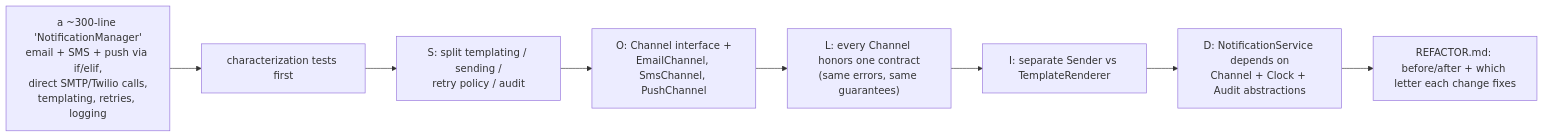
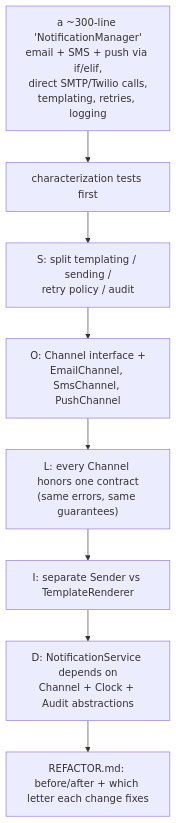
One commit to Charikshith/Guide changed the third of 3 diagrams in volumes/volume-3-low-level-design/ch02-solid-principles.md. Above: the diagram before and after it, drawn with Mermaid. The commit also changed 64 other files, not shown here.

Commit message:
Guide: fit wide diagrams on the page (grow into the free right margin, smaller minimum scale), redraw 33 long flowcharts in the other direction, tighten five wide sequence diagrams

````diff
--- a/volumes/volume-3-low-level-design/ch02-solid-principles.md
+++ b/volumes/volume-3-low-level-design/ch02-solid-principles.md
@@ -225,10 +225,10 @@
 ```mermaid
-flowchart LR
+flowchart TD
     START["a ~300-line 'NotificationManager'<br/>email + SMS + push via if/elif,<br/>direct SMTP/Twilio calls,<br/>templating, retries, logging"] --> T["characterization tests first"]
     T --> S1["S: split templating / sending /<br/>retry policy / audit"]
     S1 --> O1["O: Channel interface +<br/>EmailChannel, SmsChannel, PushChannel"]
     O1 --> L1["L: every Channel honors one contract<br/>(same errors, same guarantees)"]
     L1 --> I1["I: separate Sender vs TemplateRenderer"]
     I1 --> D1["D: NotificationService depends on<br/>Channel + Clock + Audit abstractions"]
     D1 --> DOC["REFACTOR.md: before/after + which letter each change fixes"]
 ```
````
